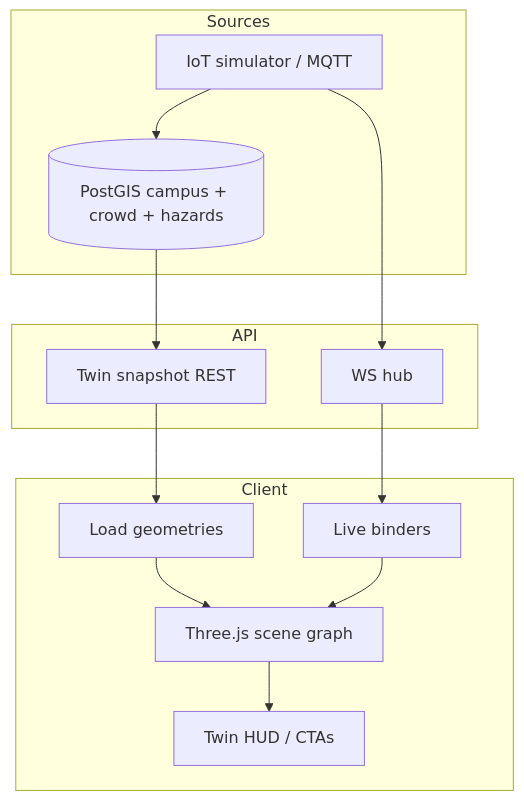
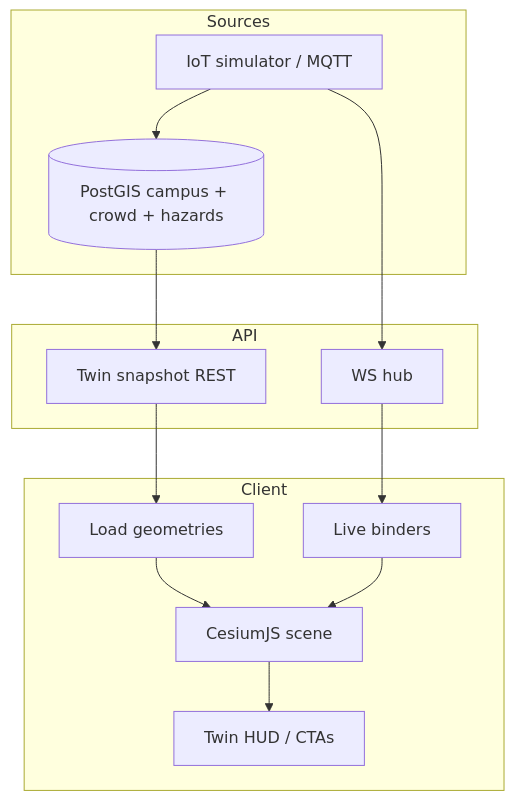
One commit to PraveenKumarM17/CampusAR changed the diagram in docs/architecture/digital-twin-design.md. Above: the diagram before and after it, drawn with Mermaid. The commit also changed other lines of this file and 37 other files, not shown here.

````diff
--- a/docs/architecture/digital-twin-design.md
+++ b/docs/architecture/digital-twin-design.md
@@ -11,26 +11,27 @@
 ```mermaid
 flowchart TB
   subgraph Sources
     DB[(PostGIS campus + crowd + hazards)]
     SIM[IoT simulator / MQTT]
   end
 
   subgraph API
     SNAP[Twin snapshot REST]
     WS[WS hub]
   end
 
   subgraph Client
     LOAD[Load geometries]
-    SCENE[Three.js scene graph]
+    SCENE[CesiumJS scene]
+
     BIND[Live binders]
     UI[Twin HUD / CTAs]
   end
 
   DB --> SNAP
   SIM --> DB
   SIM --> WS
   SNAP --> LOAD --> SCENE
   WS --> BIND --> SCENE
   SCENE --> UI
 ```
````
